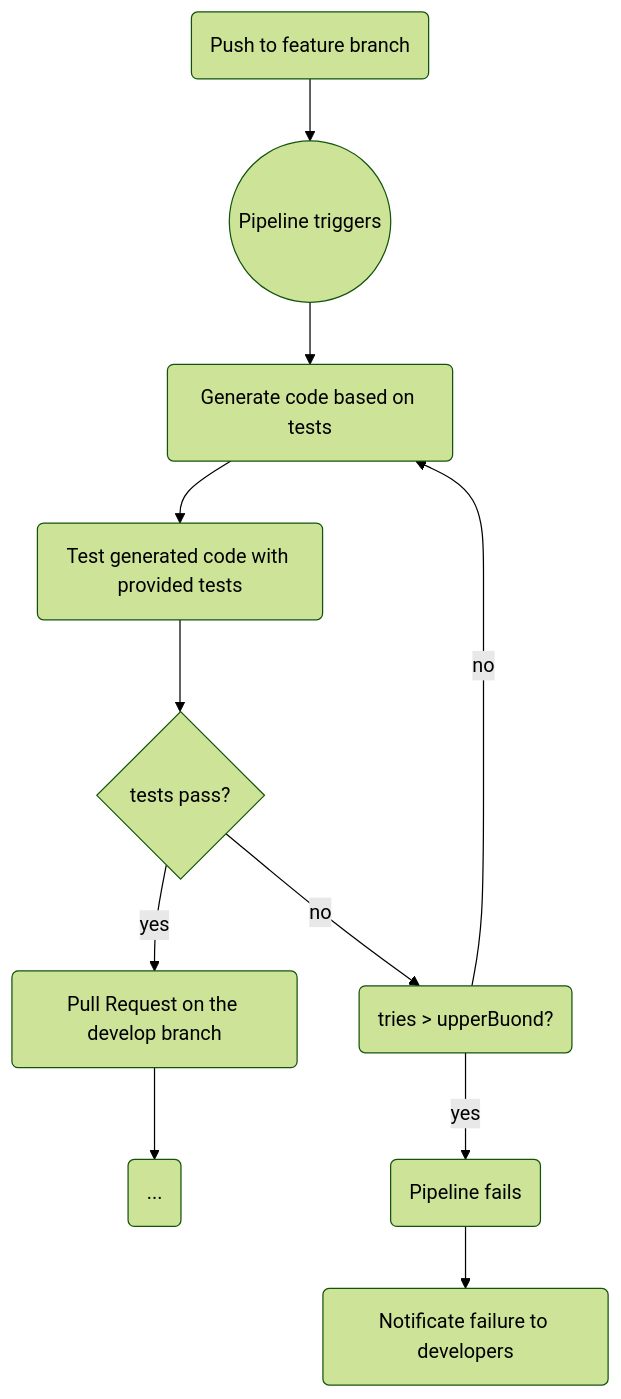
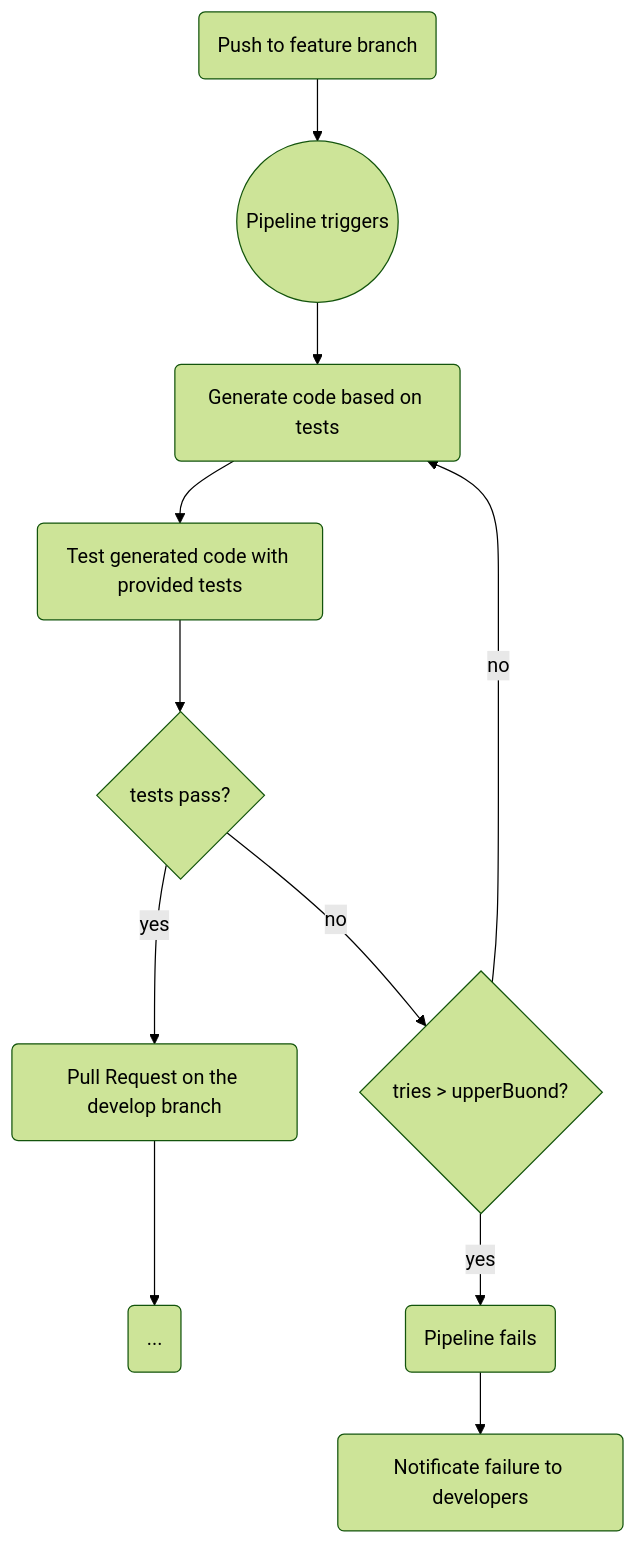
One commit to FilippoGurioli/test-2-code-llm changed the diagram in docs/introduction.md. Above: the diagram before and after it, drawn with Mermaid (forest theme). The commit also changed other lines of this file and 1 other file, not shown here.

Commit message:
docs: correct typos

````diff
--- a/docs/introduction.md
+++ b/docs/introduction.md
@@ -13,13 +13,13 @@
 ```mermaid
 flowchart TD
     Push(Push to feature branch) --> Trigger((Pipeline triggers))
     Trigger --> CodeGen(Generate code based on tests)
     CodeGen --> Test(Test generated code with provided tests)
     Test --> Check{tests pass?}
     Check -->|yes| PR(Pull Request on the develop branch)
-    Check -->|no| Check2(tries > upperBuond?)
+    Check -->|no| Check2{tries > upperBuond?}
     Check2 -->|yes| Fail(Pipeline fails)
     Fail --> Warning(Notificate failure to developers)
     Check2 -->|no| CodeGen
     PR --> Continue(...)
 ```
````
